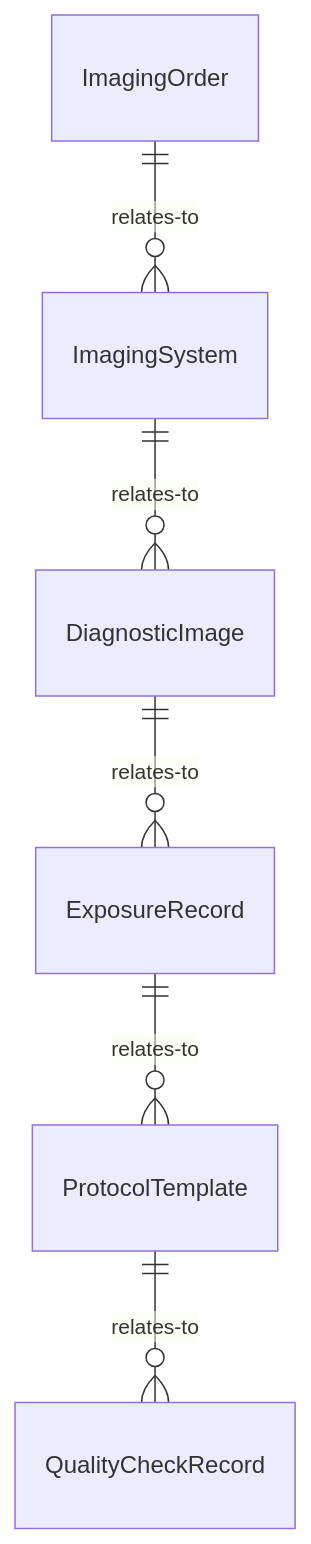
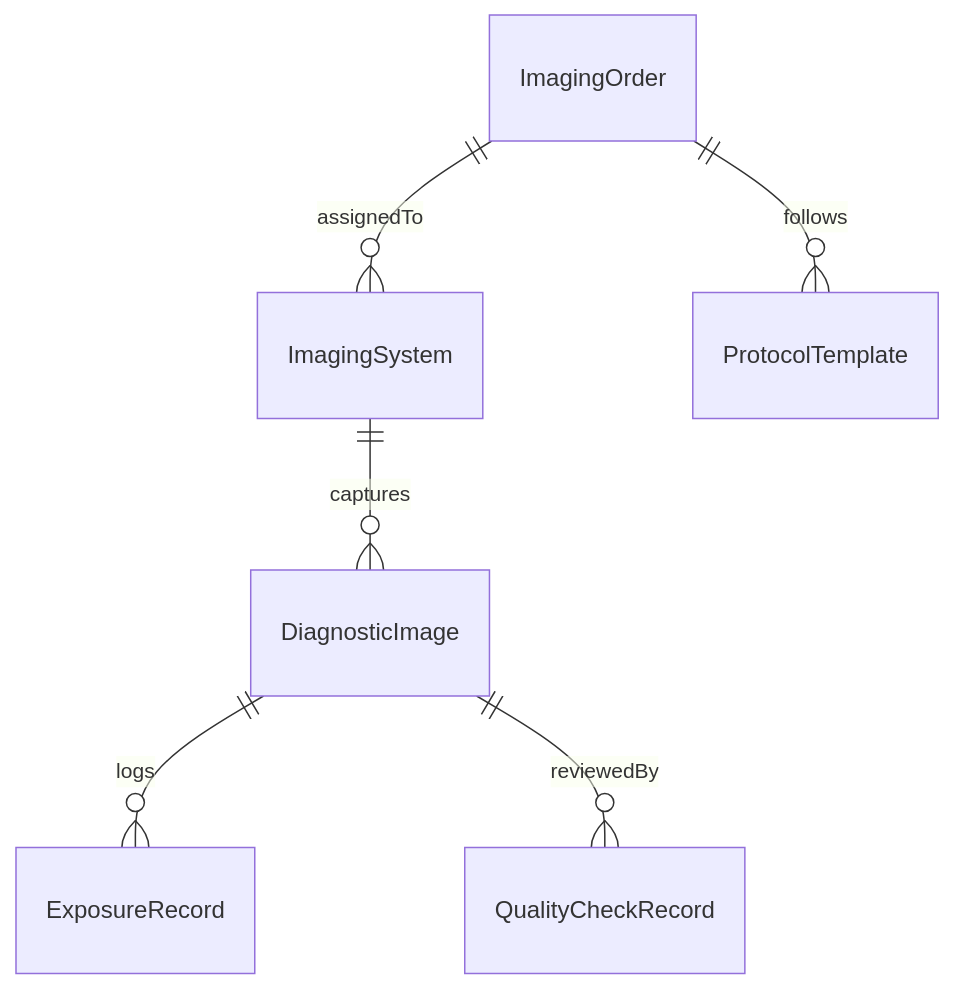
One commit to dot-org-ai/tasks.org.ai changed the first of 4 diagrams in ControllingMachinesAndProcesses/OperateMedicalEquipment/OperateDiagnosticImagingEquipment.mdx. Above: the diagram before and after it, drawn with Mermaid. The commit also changed other lines of this file and 515 other files, not shown here.

````diff
--- a/ControllingMachinesAndProcesses/OperateMedicalEquipment/OperateDiagnosticImagingEquipment.mdx
+++ b/ControllingMachinesAndProcesses/OperateMedicalEquipment/OperateDiagnosticImagingEquipment.mdx
@@ -87,8 +87,8 @@
 ```mermaid
 erDiagram
-    ImagingOrder ||--o{ ImagingSystem : relates-to
-    ImagingSystem ||--o{ DiagnosticImage : relates-to
-    DiagnosticImage ||--o{ ExposureRecord : relates-to
-    ExposureRecord ||--o{ ProtocolTemplate : relates-to
-    ProtocolTemplate ||--o{ QualityCheckRecord : relates-to
+    ImagingOrder ||--o{ ImagingSystem : assignedTo
+    ImagingSystem ||--o{ DiagnosticImage : captures
+    DiagnosticImage ||--o{ ExposureRecord : logs
+    ImagingOrder ||--o{ ProtocolTemplate : follows
+    DiagnosticImage ||--o{ QualityCheckRecord : reviewedBy
 ```
````
